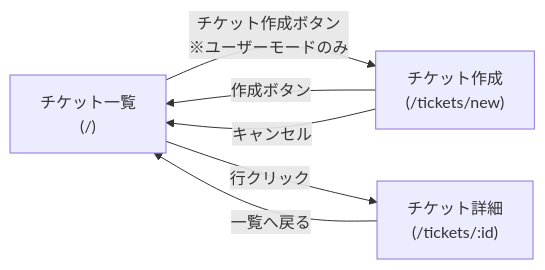
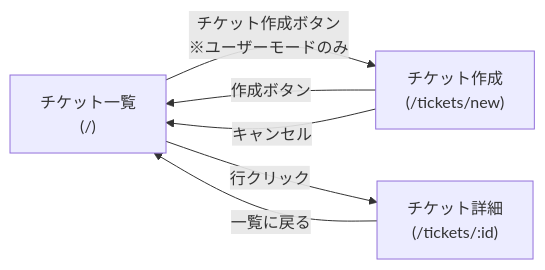
One commit to kokoira/contactManager changed the diagram in docs/screen-design.md. Above: the diagram before and after it, drawn with Mermaid. The commit also changed other lines of this file and 8 other files, not shown here.

````diff
--- a/docs/screen-design.md
+++ b/docs/screen-design.md
@@ -21,12 +21,12 @@
 ```mermaid
 flowchart LR
     A["チケット一覧\n(/)"]
     B["チケット作成\n(/tickets/new)"]
     C["チケット詳細\n(/tickets/:id)"]
 
     A -->|"チケット作成ボタン\n※ユーザーモードのみ"| B
     B -->|"作成ボタン"| A
     B -->|"キャンセル"| A
     A -->|"行クリック"| C
-    C -->|"一覧へ戻る"| A
+    C -->|"一覧に戻る"| A
 ```
````
